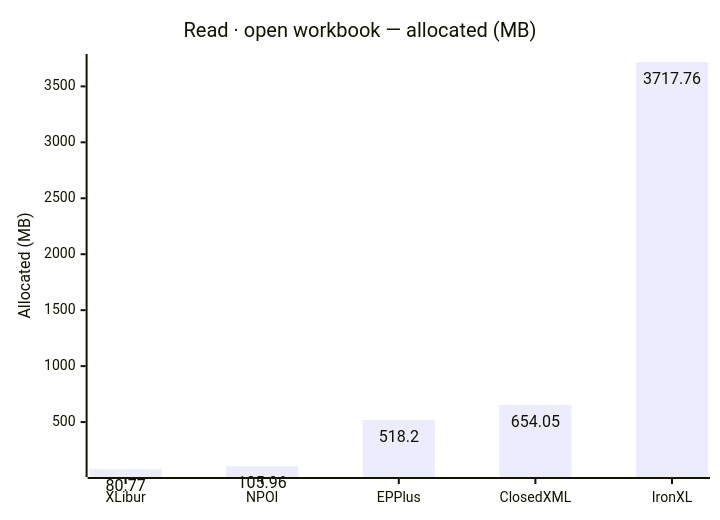
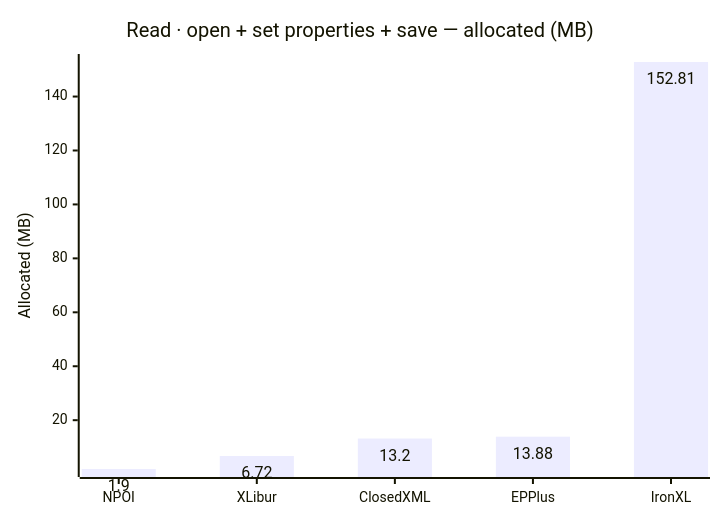
The second of 12 diagrams in docs/results.md (jafin/XLBench), drawn with Mermaid before and after one commit. The commit also changed other lines of this file and 2 other files, not shown here.

````diff
--- a/docs/results.md
+++ b/docs/results.md
@@ -48,12 +48,12 @@
 ```mermaid
 ---
 config:
   xyChart:
     showDataLabel: true
 ---
 xychart-beta
-    title "Read · open workbook — allocated (MB)"
-    x-axis ["XLibur", "NPOI", "EPPlus", "ClosedXML", "IronXL"]
+    title "Read · open + set properties + save — allocated (MB)"
+    x-axis ["NPOI", "XLibur", "ClosedXML", "EPPlus", "IronXL"]
     y-axis "Allocated (MB)"
-    bar [80.77, 105.96, 518.2, 654.05, 3717.76]
+    bar [1.9, 6.72, 13.2, 13.88, 152.81]
 ```
````
